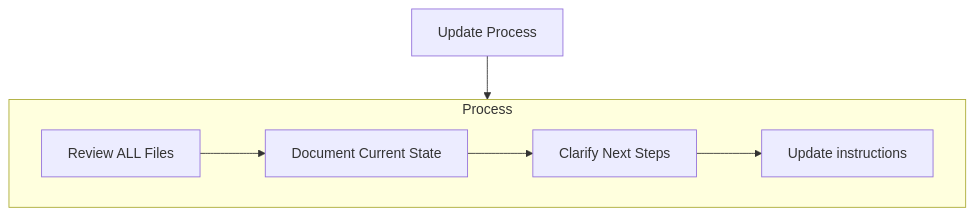
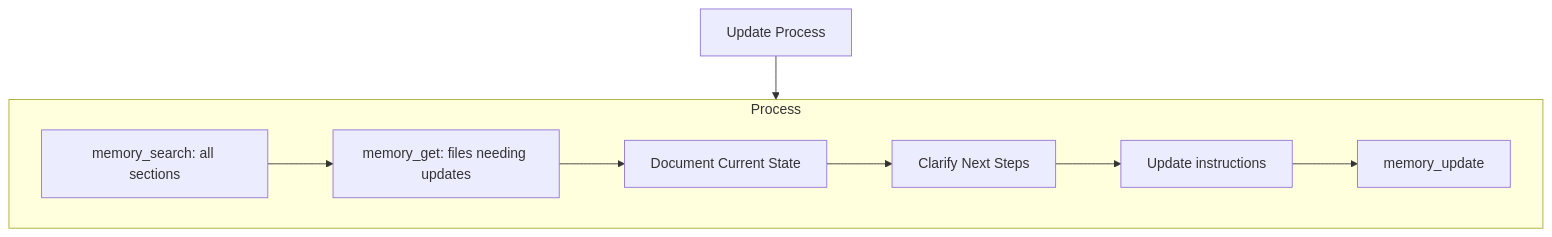
The fifth of 6 diagrams in .agents/instructions/memory-bank.instructions.md (abarcenas29/ai-workflow-template), drawn with Mermaid before and after one commit. The commit also changed other lines of this file and 28 other files, not shown here.

````diff
--- a/.agents/instructions/memory-bank.instructions.md
+++ b/.agents/instructions/memory-bank.instructions.md
@@ -205,15 +257,17 @@
 ```mermaid
 flowchart TD
     Start[Update Process]
 
     subgraph Process
-        P1[Review ALL Files]
-        P2[Document Current State]
-        P3[Clarify Next Steps]
-        P4[Update instructions]
+        P1[memory_search: all sections]
+        P2[memory_get: files needing updates]
+        P3[Document Current State]
+        P4[Clarify Next Steps]
+        P5[Update instructions]
+        P6[memory_update]
 
-        P1 --> P2 --> P3 --> P4
+        P1 --> P2 --> P3 --> P4 --> P5 --> P6
     end
 
     Start --> Process
 ```
````
